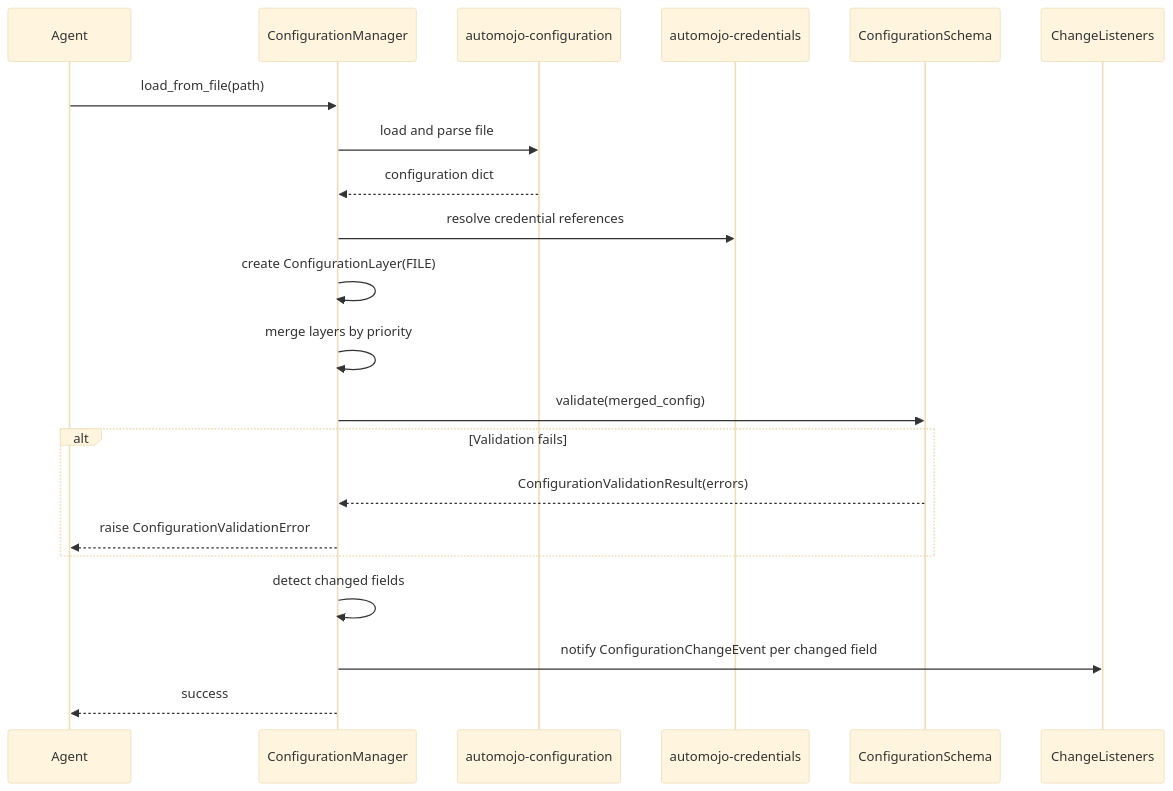
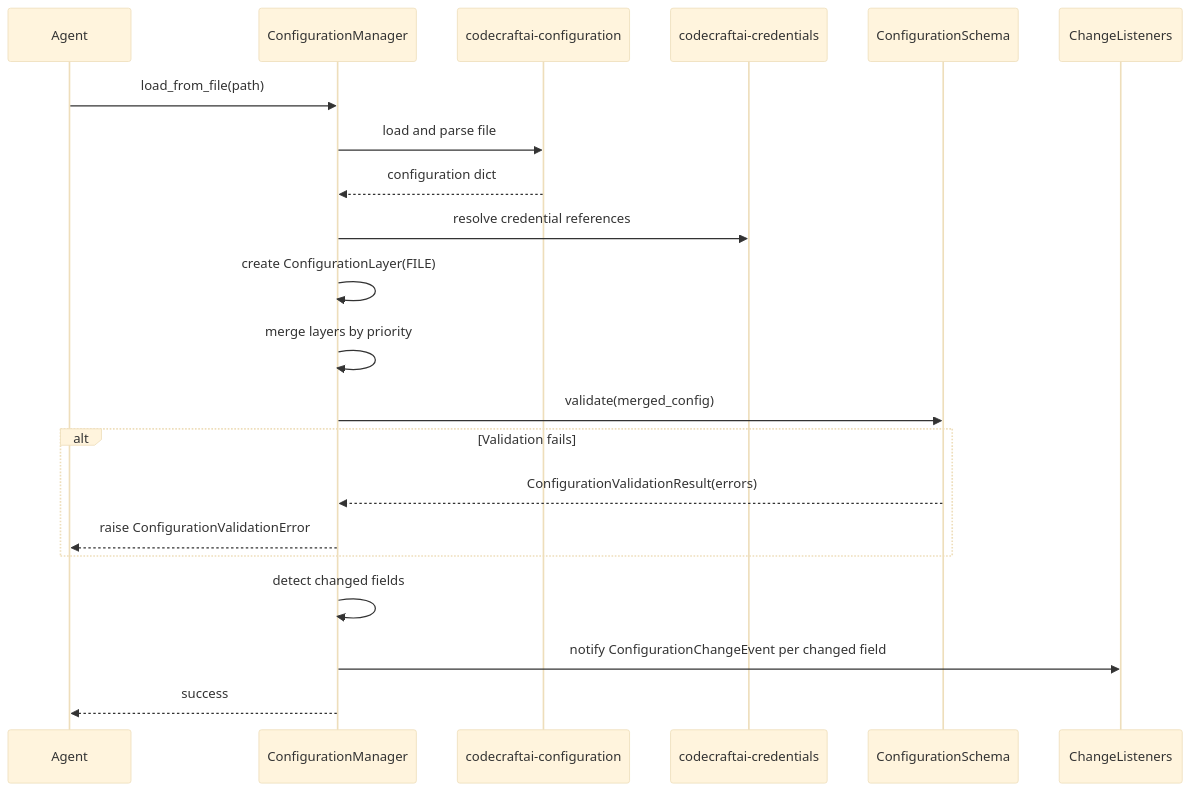
Before and after one commit to code-craft-ai-company/codecraftai-agent-kit: the second of 4 diagrams in specs/configuration-extensibility/design.md, drawn with Mermaid (base theme). The commit also changed other lines of this file and 1083 other files, not shown here.

Commit message:
rebrand: Automation Mojo -> Code Craft AI (automojo->ccai namespace)

````diff
--- a/specs/configuration-extensibility/design.md
+++ b/specs/configuration-extensibility/design.md
@@ -102,24 +102,24 @@
 ```mermaid
 sequenceDiagram
     participant Agent
     participant CM as ConfigurationManager
-    participant AutomojoConfig as automojo-configuration
-    participant Credentials as automojo-credentials
+    participant CodeCraftAIConfig as codecraftai-configuration
+    participant Credentials as codecraftai-credentials
     participant Schema as ConfigurationSchema
     participant Listeners as ChangeListeners
 
     Agent->>CM: load_from_file(path)
-    CM->>AutomojoConfig: load and parse file
-    AutomojoConfig-->>CM: configuration dict
+    CM->>CodeCraftAIConfig: load and parse file
+    CodeCraftAIConfig-->>CM: configuration dict
     CM->>Credentials: resolve credential references
     CM->>CM: create ConfigurationLayer(FILE)
     CM->>CM: merge layers by priority
     CM->>Schema: validate(merged_config)
     alt Validation fails
         Schema-->>CM: ConfigurationValidationResult(errors)
         CM-->>Agent: raise ConfigurationValidationError
     end
     CM->>CM: detect changed fields
     CM->>Listeners: notify ConfigurationChangeEvent per changed field
     CM-->>Agent: success
 ```
````
